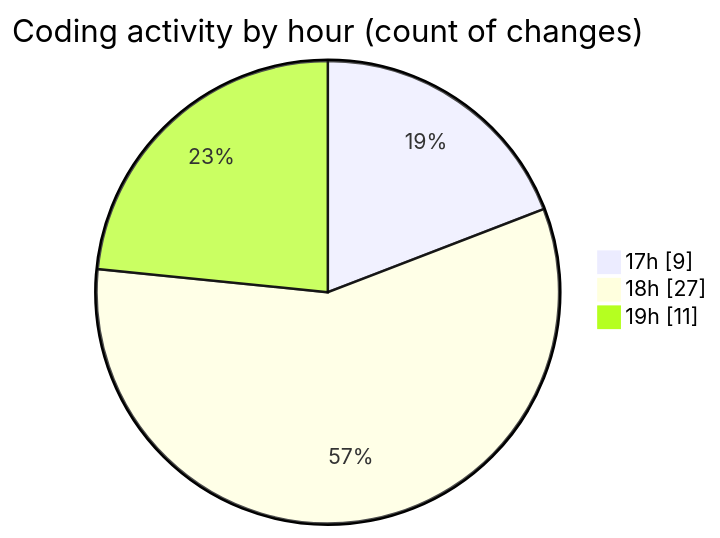
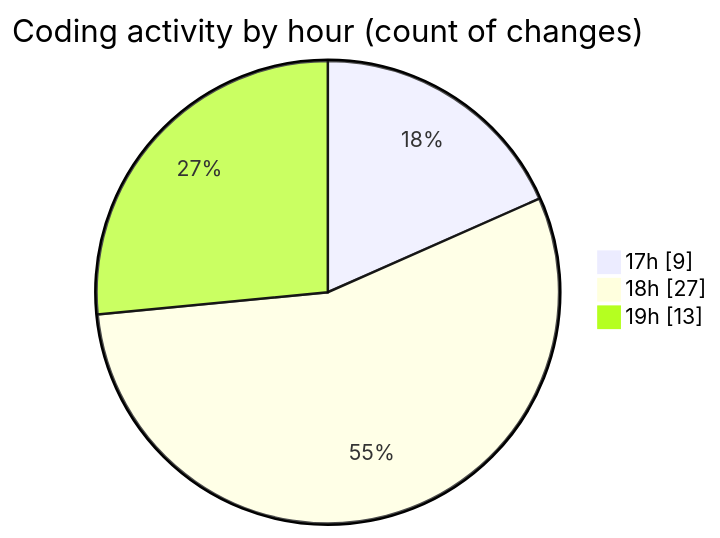
Before and after one commit to robertbonfada/code-tracking: the second of 2 diagrams in 2025-02-08/termonied-web/README.md, drawn with Mermaid. The commit also changed other lines of this file and 1 other file, not shown here.

````diff
--- a/2025-02-08/termonied-web/README.md
+++ b/2025-02-08/termonied-web/README.md
@@ -38,7 +40,7 @@
 ```mermaid
 pie showData
 title Coding activity by hour (count of changes)
 "17h" : 9
 "18h" : 27
-"19h" : 11
+"19h" : 13
 ```
````
